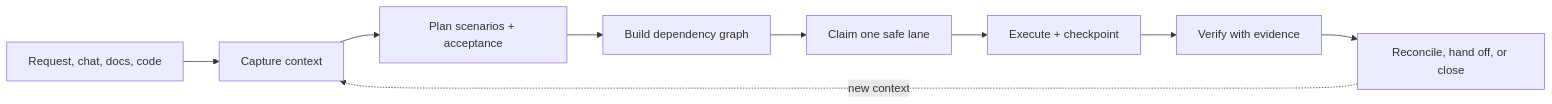
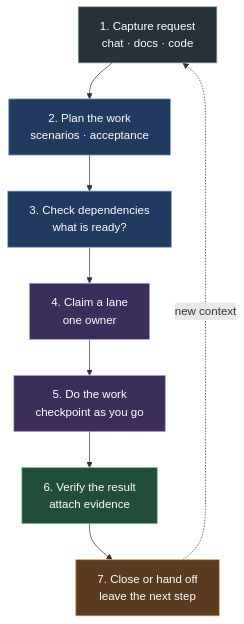
Before and after one commit to mattrichmo/boreal-work: the first of 4 diagrams in README.md, drawn with Mermaid.

Commit message:
docs: improve README workflow diagram

```diff
--- a/README.md
+++ b/README.md
@@ -28,11 +28,22 @@
 ~~~mermaid
-flowchart LR
-    A["Request, chat, docs, code"] --> B["Capture context"]
-    B --> C["Plan scenarios + acceptance"]
-    C --> D["Build dependency graph"]
-    D --> E["Claim one safe lane"]
-    E --> F["Execute + checkpoint"]
-    F --> G["Verify with evidence"]
-    G --> H["Reconcile, hand off, or close"]
-    H -. "new context" .-> B
+flowchart TD
+    A["1. Capture request<br/>chat · docs · code"] --> B["2. Plan the work<br/>scenarios · acceptance"]
+    B --> C["3. Check dependencies<br/>what is ready?"]
+    C --> D["4. Claim a lane<br/>one owner"]
+    D --> E["5. Do the work<br/>checkpoint as you go"]
+    E --> F["6. Verify the result<br/>attach evidence"]
+    F --> G["7. Close or hand off<br/>leave the next step"]
+    G -. "new context" .-> A
+
+    classDef capture fill:#263238,stroke:#90a4ae,color:#ffffff,stroke-width:1px
+    classDef plan fill:#203b5f,stroke:#7aa7d9,color:#ffffff,stroke-width:1px
+    classDef work fill:#3b2d5c,stroke:#b39ddb,color:#ffffff,stroke-width:1px
+    classDef verify fill:#214d3b,stroke:#81c995,color:#ffffff,stroke-width:1px
+    classDef finish fill:#5a3b1f,stroke:#e0a66b,color:#ffffff,stroke-width:1px
+
+    class A capture
+    class B,C plan
+    class D,E work
+    class F verify
+    class G finish
 ~~~
```
